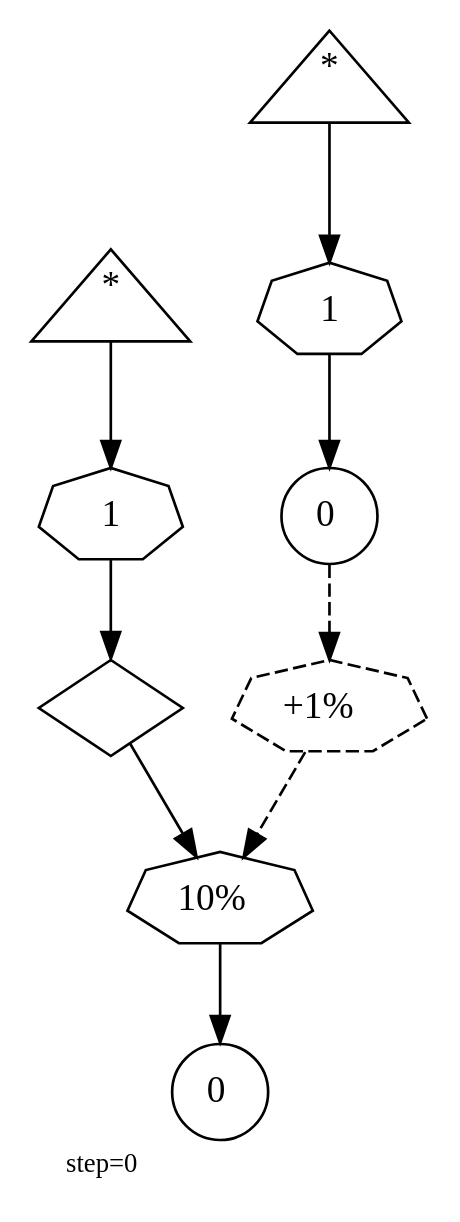
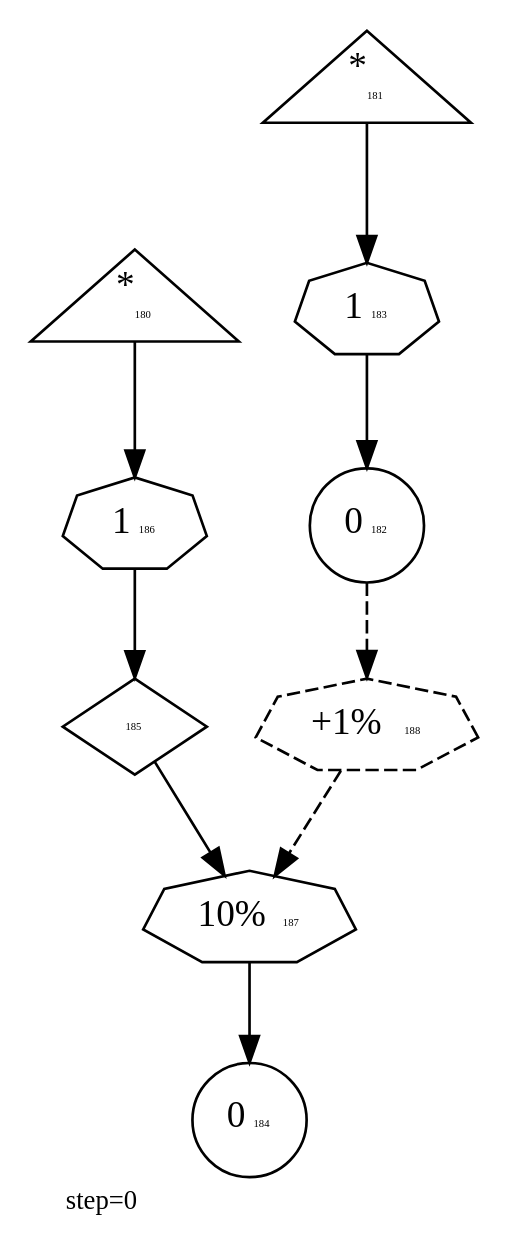
Before and after one commit to abarbu/machinations: the diagram in ours/101-connections/0024.dot, drawn with Graphviz. The commit also changed 824 other files, not shown here.

```diff
--- a/ours/101-connections/0024.dot
+++ b/ours/101-connections/0024.dot
@@ -1,20 +1,20 @@
 digraph {
   graph  [labelloc=bottom,labeljust=left,fontsize="10",label="step=0"];
-  "180" [shape=triangle,peripheries="1",label=<<SUP>*</SUP>>,labelfontcolor=black,color=black];
-  "181" [shape=triangle,peripheries="1",label=<<SUP>*</SUP>>,labelfontcolor=black,color=black];
-  "182" [shape=circle,peripheries="1",label=<0>,labelfontcolor=black,color=black];
-  "184" [shape=circle,peripheries="1",label=<0>,labelfontcolor=black,color=black];
-  "185" [shape=diamond,peripheries="1",label="",labelfontcolor=black,color=black];
-  "183" [label=<1>,peripheries="1",color=black,shape=septagon];
+  "180" [shape=triangle,peripheries="1",label=<<SUP>*</SUP><FONT POINT-SIZE='4'>180</FONT>>,labelfontcolor=black,color=black];
+  "181" [shape=triangle,peripheries="1",label=<<SUP>*</SUP><FONT POINT-SIZE='4'>181</FONT>>,labelfontcolor=black,color=black];
+  "182" [shape=circle,peripheries="1",label=<0<FONT POINT-SIZE='4'>182</FONT>>,labelfontcolor=black,color=black];
+  "184" [shape=circle,peripheries="1",label=<0<FONT POINT-SIZE='4'>184</FONT>>,labelfontcolor=black,color=black];
+  "185" [shape=diamond,peripheries="1",label=<<FONT POINT-SIZE='4'>185</FONT>>,labelfontcolor=black,color=black];
+  "183" [label=<1<FONT POINT-SIZE='4'>183</FONT>>,peripheries="1",color=black,shape=septagon];
   "181" -> "183" [color=black];
   "183" -> "182" [color=black];
-  "186" [label=<1>,peripheries="1",color=black,shape=septagon];
+  "186" [label=<1<FONT POINT-SIZE='4'>186</FONT>>,peripheries="1",color=black,shape=septagon];
   "180" -> "186" [color=black];
   "186" -> "185" [color=black];
-  "187" [label=<10%>,peripheries="1",color=black,shape=septagon];
+  "187" [label=<10%<FONT POINT-SIZE='4'>187</FONT>>,peripheries="1",color=black,shape=septagon];
   "185" -> "187" [color=black];
   "187" -> "184" [color=black];
-  "188" [label=<+1%>,peripheries="1",color=black,style=dashed,shape=septagon];
+  "188" [label=<+1%<FONT POINT-SIZE='4'>188</FONT>>,peripheries="1",color=black,style=dashed,shape=septagon];
   "182" -> "188" [style=dashed,color=black];
   "188" -> "187" [style=dashed,color=black];
 }
```
